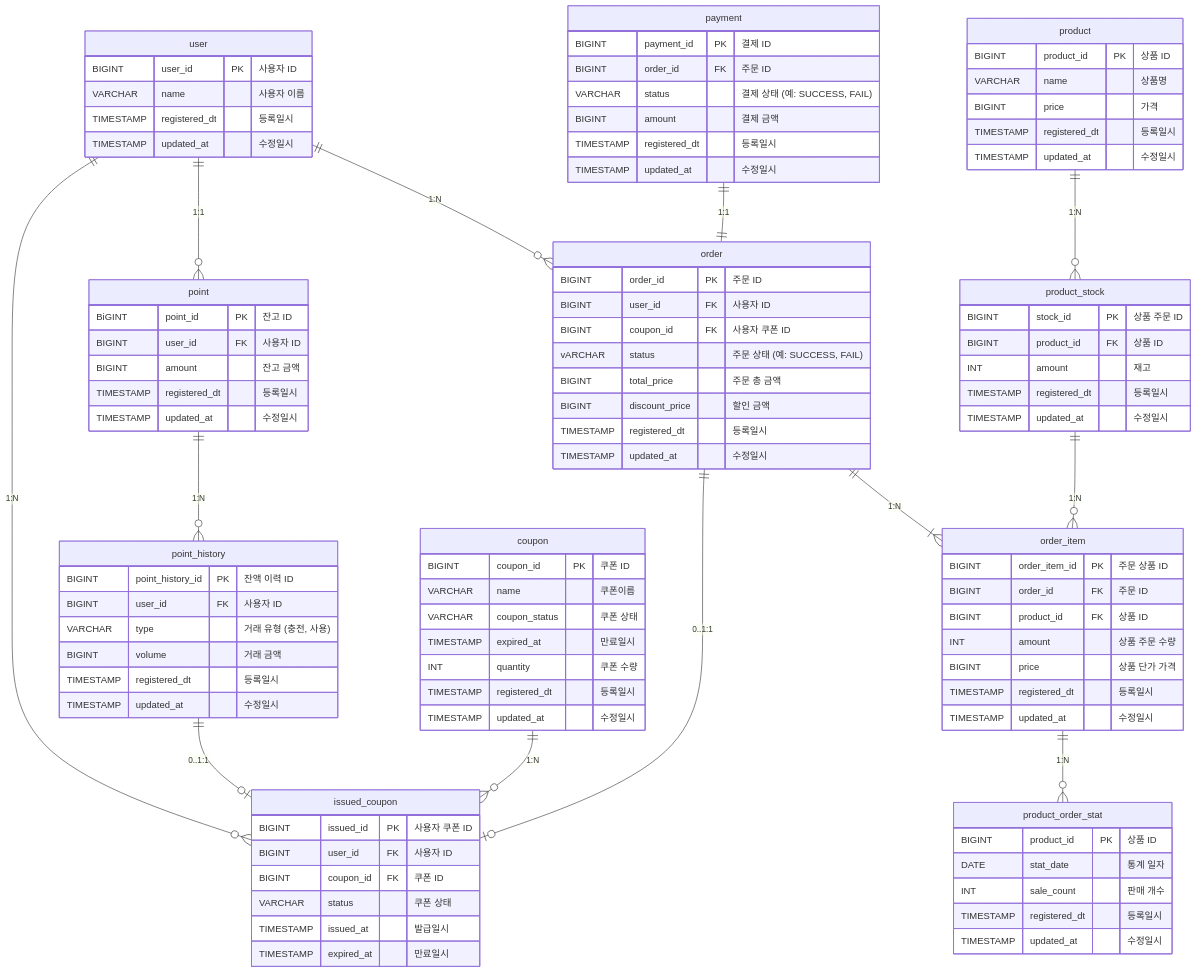
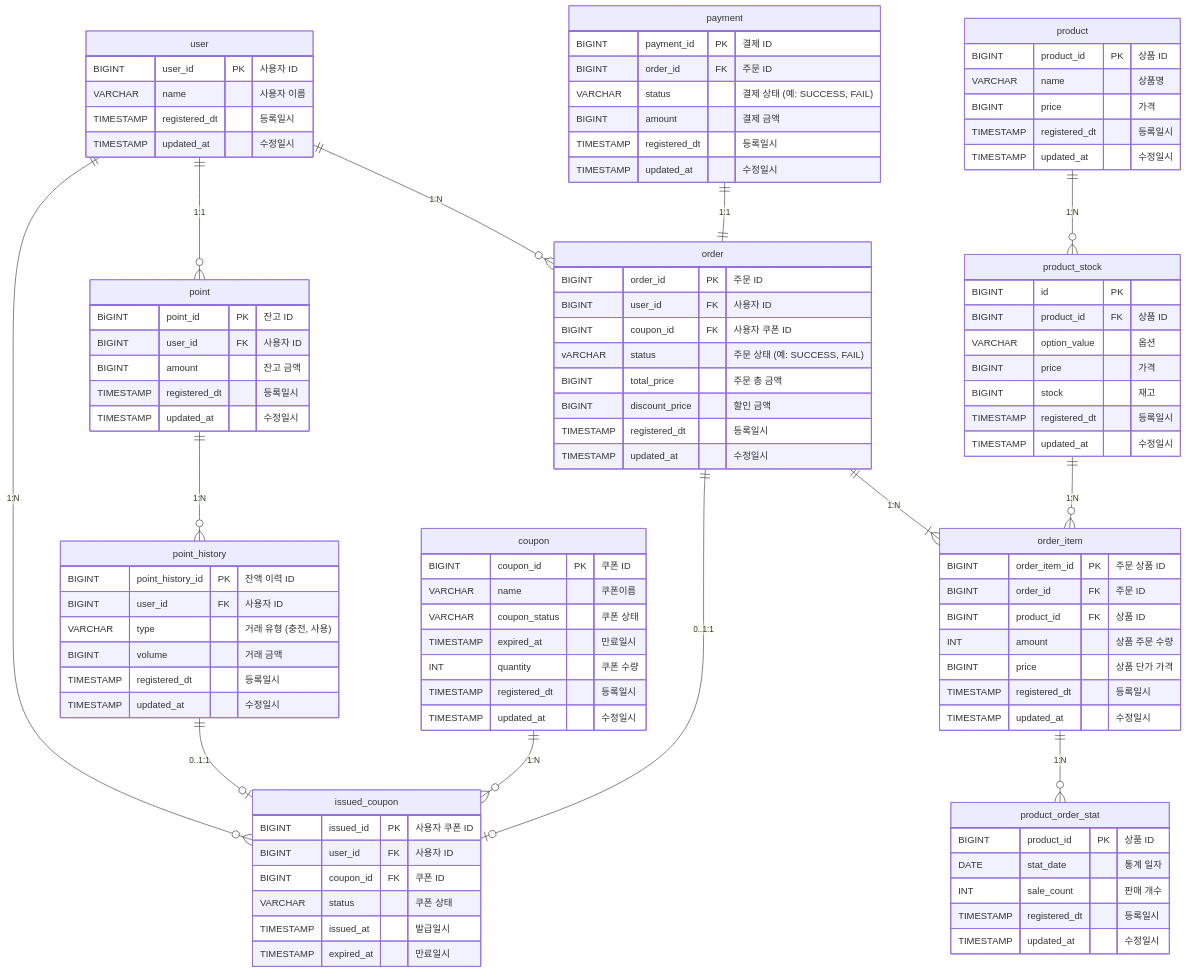
One commit to w00smanK/hhplus-ecommerce changed the diagram in docs/ERD.md. Above: the diagram before and after it, drawn with Mermaid. The commit also changed 46 other files, not shown here.

```diff
--- a/docs/ERD.md
+++ b/docs/ERD.md
@@ -24,7 +24,7 @@
 order ||--|{ order_item : "1:N"
 order ||--o| issued_coupon: "0..1:1"
 product ||--o{ product_stock : "1:N"
-    product_stock ||--o{ order_item : "1:N"
+product_stock ||--o{ order_item : "1:N"
 
 order_item ||--o{ product_order_stat : "1:N"
 
@@ -111,9 +111,11 @@
     }
 
     product_stock {
-        BIGINT stock_id PK "상품 주문 ID"
+        BIGINT id PK
         BIGINT product_id FK "상품 ID"
-        INT amount "재고"
+        VARCHAR option_value "옵션"
+        BIGINT price "가격"
+        BIGINT stock "재고"
         TIMESTAMP registered_dt "등록일시"
         TIMESTAMP updated_at "수정일시"
     }
```
